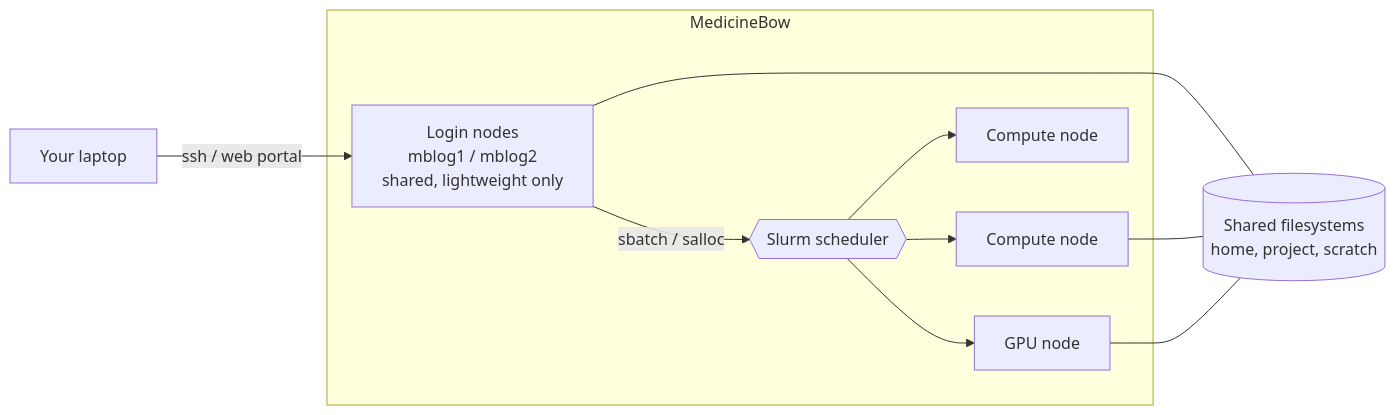
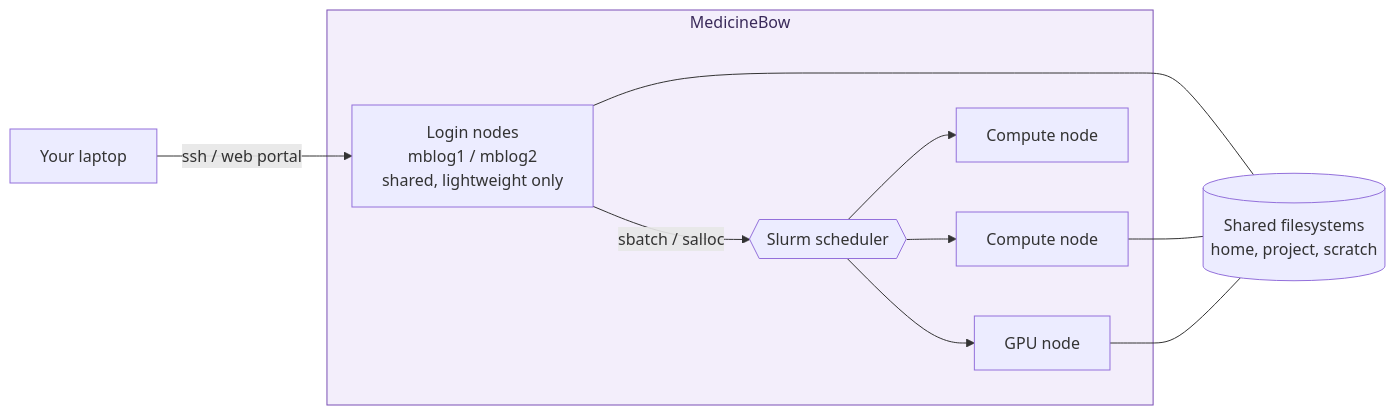
The diagram in chapters/01-getting-started.qmd (NSF-ASCEND-Engine/ARCC-how-to), drawn with Mermaid before and after one commit. The commit also changed other lines of this file and 11 other files, not shown here.

First line of the commit message:
Remove tldr boxes, add glossary hover tooltips, lighten Fig 1.1 box

````diff
--- a/chapters/01-getting-started.qmd
+++ b/chapters/01-getting-started.qmd
@@ -38,18 +29,19 @@
 ```{mermaid}
 %%| label: fig-nodes
 %%| fig-cap: "You reach a shared login node from your laptop; the scheduler runs your jobs on dedicated compute nodes. All nodes see the same filesystems."
 flowchart LR
     U["Your laptop"] -->|"ssh / web portal"| L
     subgraph MB ["MedicineBow"]
         L["Login nodes<br/>mblog1 / mblog2<br/>shared, lightweight only"]
         S{{"Slurm scheduler"}}
         L -->|"sbatch / salloc"| S
         S --> C1["Compute node"]
         S --> C2["Compute node"]
         S --> C3["GPU node"]
     end
     FS[("Shared filesystems<br/>home, project, scratch")]
     L --- FS
     C1 --- FS
     C3 --- FS
+    style MB fill:#f3eefb,stroke:#7a4fb5,color:#3a2a5a
 ```
````
